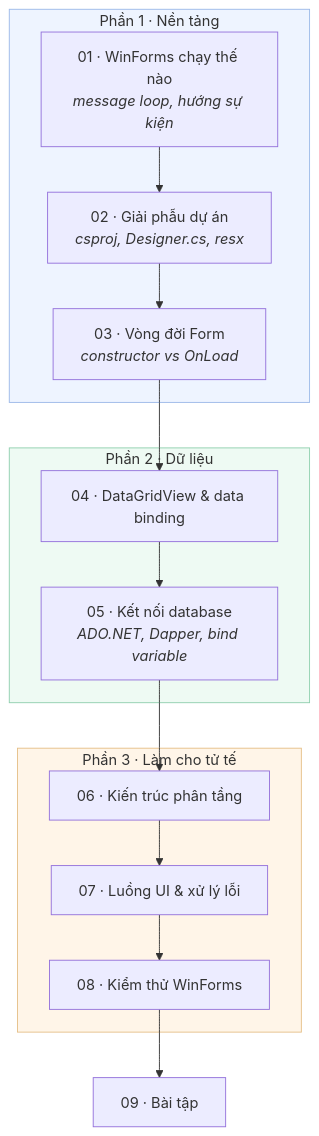
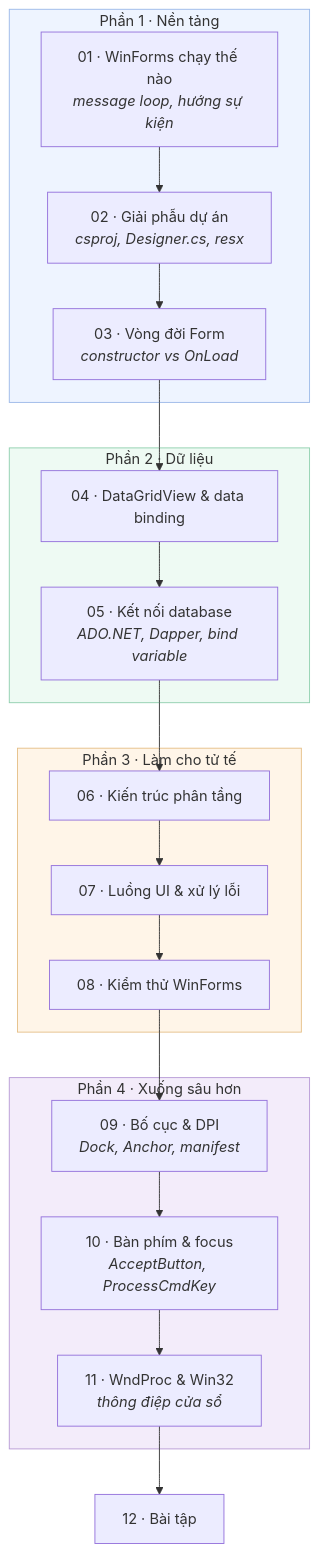
Before and after one commit to vielang/dotnet-framework-admin: the diagram in docs/README.md, drawn with Mermaid. The commit also changed other lines of this file and 21 other files, not shown here.

````diff
--- a/docs/README.md
+++ b/docs/README.md
@@ -16,27 +16,34 @@
 ```mermaid
 flowchart TD
     subgraph P1["Phần 1 · Nền tảng"]
         A["01 · WinForms chạy thế nào<br/><i>message loop, hướng sự kiện</i>"]
         B["02 · Giải phẫu dự án<br/><i>csproj, Designer.cs, resx</i>"]
         C["03 · Vòng đời Form<br/><i>constructor vs OnLoad</i>"]
     end
 
     subgraph P2["Phần 2 · Dữ liệu"]
         D["04 · DataGridView &amp; data binding"]
         E["05 · Kết nối database<br/><i>ADO.NET, Dapper, bind variable</i>"]
     end
 
     subgraph P3["Phần 3 · Làm cho tử tế"]
         F["06 · Kiến trúc phân tầng"]
         G["07 · Luồng UI &amp; xử lý lỗi"]
         H["08 · Kiểm thử WinForms"]
     end
 
-    I["09 · Bài tập"]
+    subgraph P4["Phần 4 · Xuống sâu hơn"]
+        J["09 · Bố cục &amp; DPI<br/><i>Dock, Anchor, manifest</i>"]
+        K["10 · Bàn phím &amp; focus<br/><i>AcceptButton, ProcessCmdKey</i>"]
+        L["11 · WndProc &amp; Win32<br/><i>thông điệp cửa sổ</i>"]
+    end
 
-    A --> B --> C --> D --> E --> F --> G --> H --> I
+    I["12 · Bài tập"]
+
+    A --> B --> C --> D --> E --> F --> G --> H --> J --> K --> L --> I
 
     style P1 fill:#eef4ff,stroke:#9bb8e8
     style P2 fill:#eefaf3,stroke:#8fcfae
     style P3 fill:#fff5e8,stroke:#e5bf87
+    style P4 fill:#f3ecfa,stroke:#b79ad6
 ```
````
